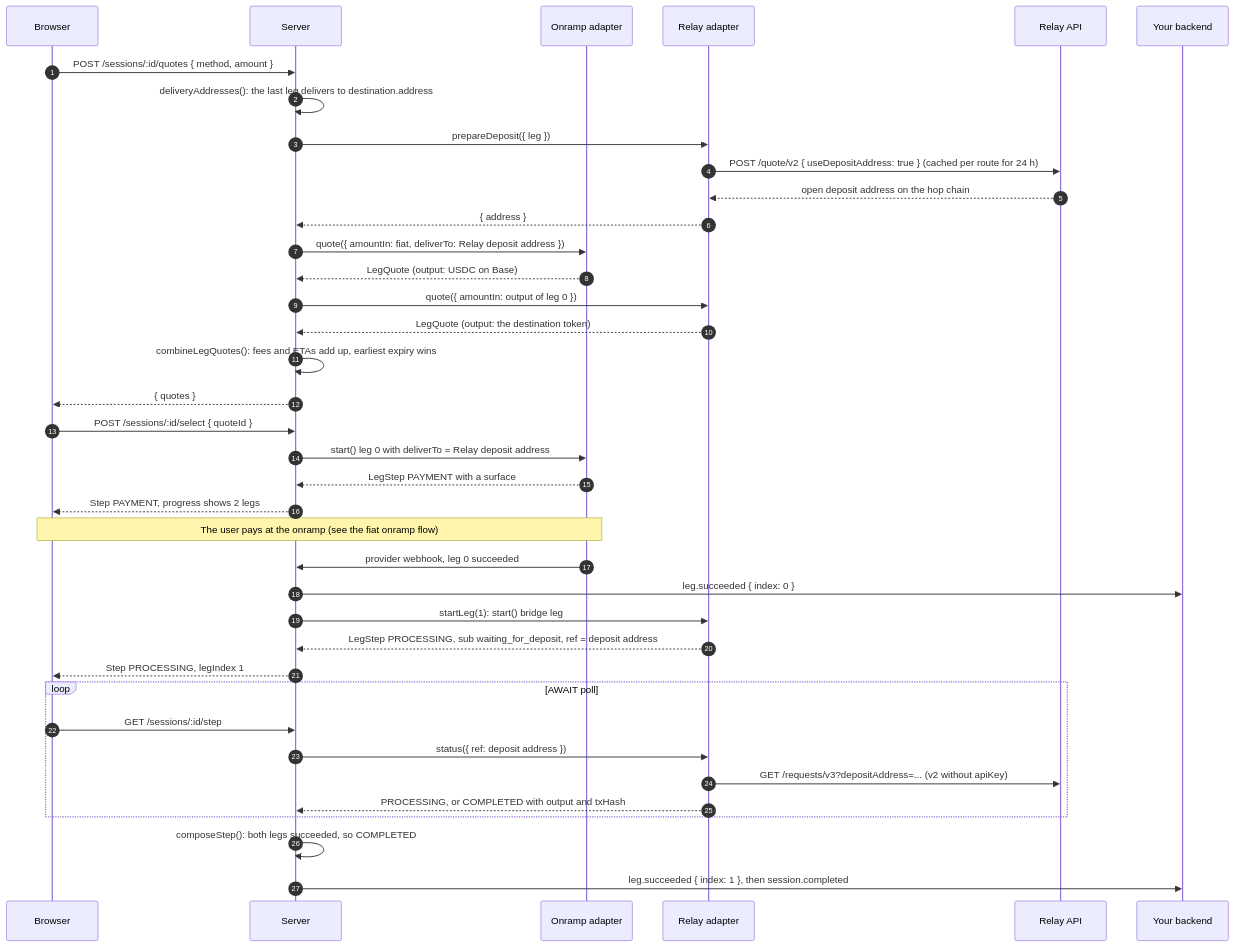
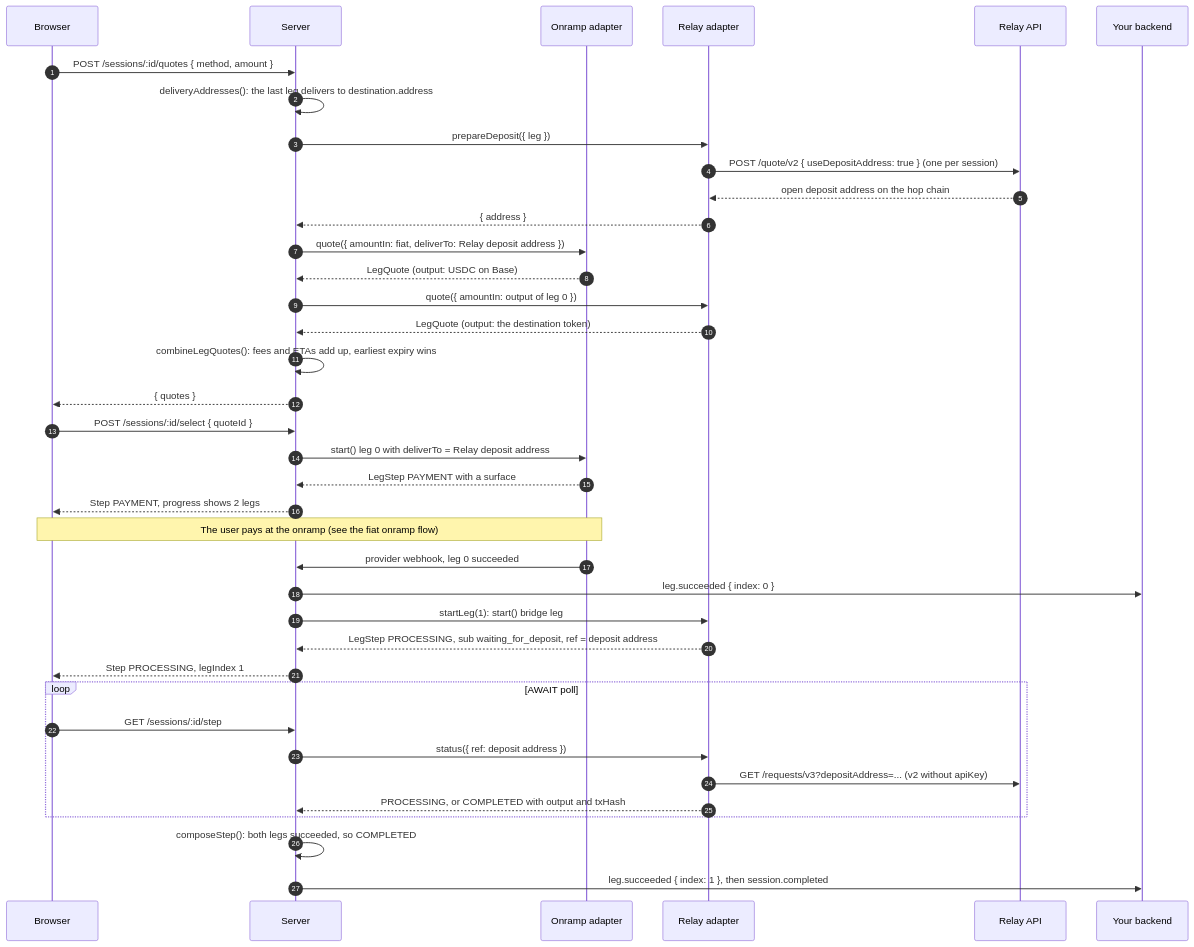
One commit to yosriady/openrampkit changed the fifth of 13 diagrams in docs/concepts/flows.md. Above: the diagram before and after it, drawn with Mermaid.

Commit message:
Docs: Relay deposit address is one per session

````diff
--- a/docs/concepts/flows.md
+++ b/docs/concepts/flows.md
@@ -198,40 +198,40 @@
 ```mermaid
 sequenceDiagram
   autonumber
   participant B as Browser
   participant S as Server
   participant On as Onramp adapter
   participant R as Relay adapter
   participant RA as Relay API
   participant App as Your backend
   B->>S: POST /sessions/:id/quotes { method, amount }
   S->>S: deliveryAddresses(): the last leg delivers to destination.address
   S->>R: prepareDeposit({ leg })
-  R->>RA: POST /quote/v2 { useDepositAddress: true } (cached per route for 24 h)
+  R->>RA: POST /quote/v2 { useDepositAddress: true } (one per session)
   RA-->>R: open deposit address on the hop chain
   R-->>S: { address }
   S->>On: quote({ amountIn: fiat, deliverTo: Relay deposit address })
   On-->>S: LegQuote (output: USDC on Base)
   S->>R: quote({ amountIn: output of leg 0 })
   R-->>S: LegQuote (output: the destination token)
   S->>S: combineLegQuotes(): fees and ETAs add up, earliest expiry wins
   S-->>B: { quotes }
   B->>S: POST /sessions/:id/select { quoteId }
   S->>On: start() leg 0 with deliverTo = Relay deposit address
   On-->>S: LegStep PAYMENT with a surface
   S-->>B: Step PAYMENT, progress shows 2 legs
   Note over B,On: The user pays at the onramp (see the fiat onramp flow)
   On->>S: provider webhook, leg 0 succeeded
   S->>App: leg.succeeded { index: 0 }
   S->>R: startLeg(1): start() bridge leg
   R-->>S: LegStep PROCESSING, sub waiting_for_deposit, ref = deposit address
   S-->>B: Step PROCESSING, legIndex 1
   loop AWAIT poll
     B->>S: GET /sessions/:id/step
     S->>R: status({ ref: deposit address })
     R->>RA: GET /requests/v3?depositAddress=... (v2 without apiKey)
     R-->>S: PROCESSING, or COMPLETED with output and txHash
   end
   S->>S: composeStep(): both legs succeeded, so COMPLETED
   S->>App: leg.succeeded { index: 1 }, then session.completed
 ```
````
